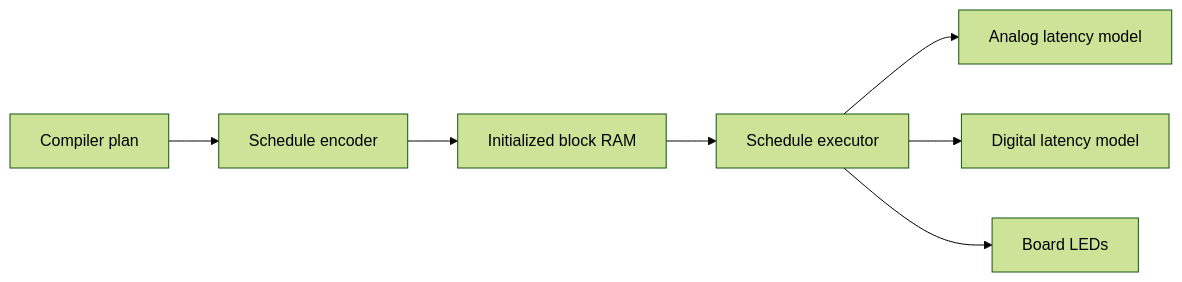
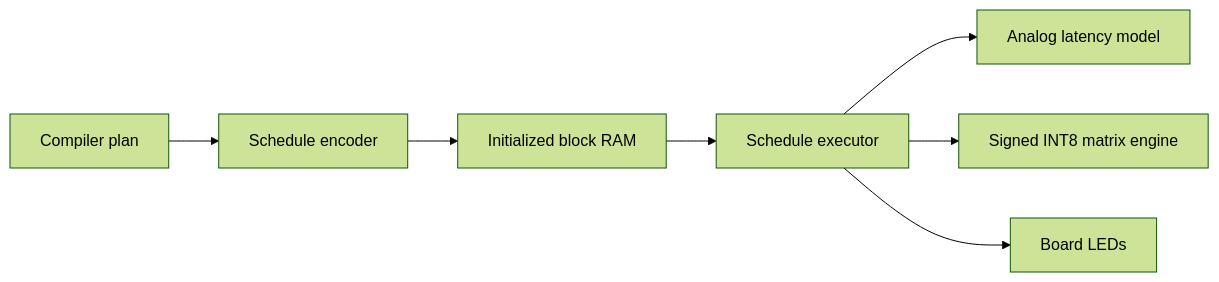
Before and after one commit to WaffleBits/heterocore-fpga: the diagram in ARCHITECTURE.md, drawn with Mermaid (forest theme). The commit also changed other lines of this file and 11 other files, not shown here.

````diff
--- a/ARCHITECTURE.md
+++ b/ARCHITECTURE.md
@@ -3,9 +3,9 @@
 ```mermaid
 flowchart LR
     P[Compiler plan] --> E[Schedule encoder]
     E --> B[Initialized block RAM]
     B --> X[Schedule executor]
     X --> A[Analog latency model]
-    X --> D[Digital latency model]
+    X --> D[Signed INT8 matrix engine]
     X --> L[Board LEDs]
 ```
````
